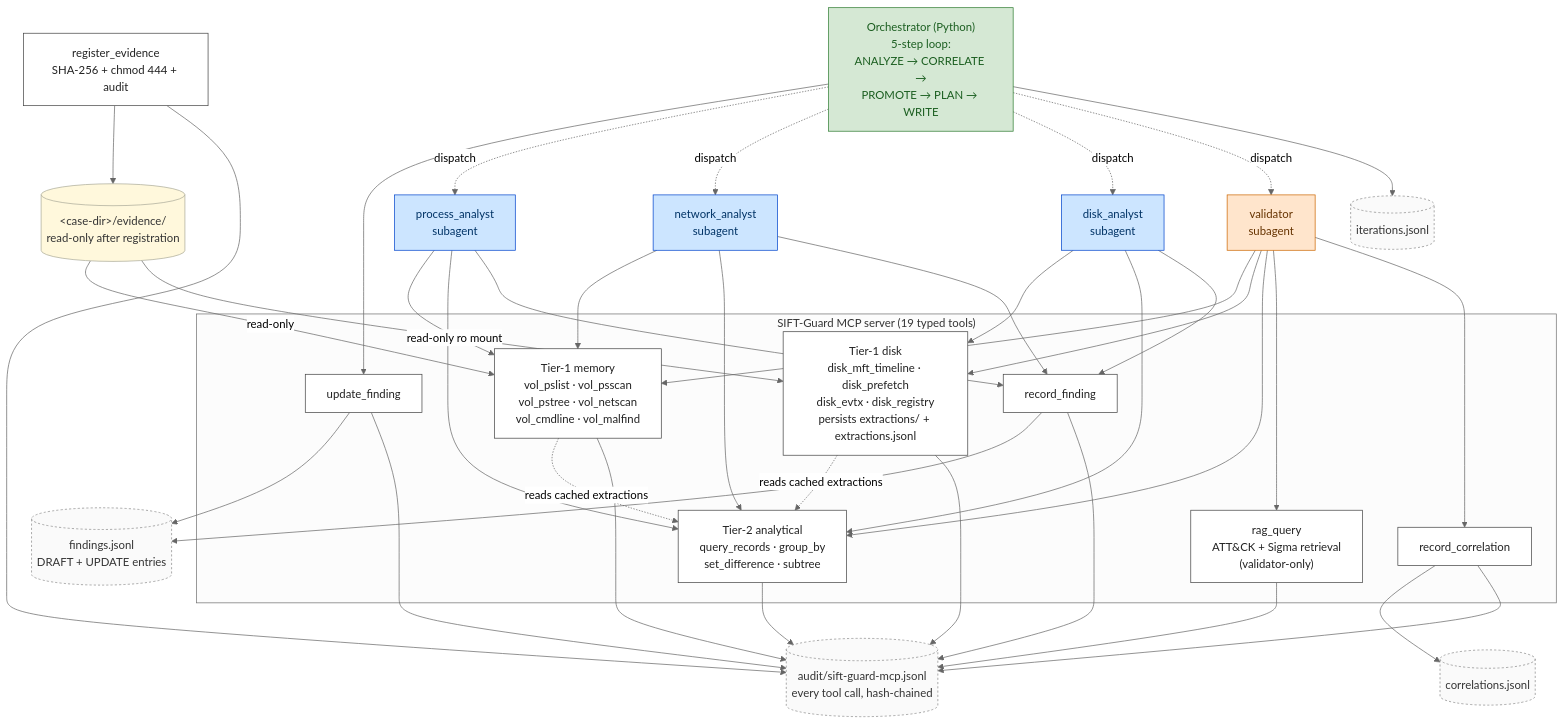
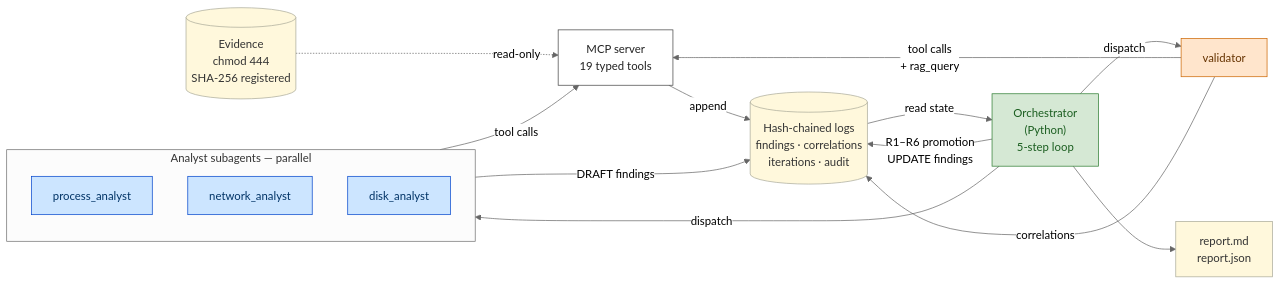
One commit to chang6chang/SIFT-Guard changed the diagram in README.md. Above: the diagram before and after it, drawn with Mermaid (neutral theme). The commit also changed other lines of this file and 1 other file, not shown here.

````diff
--- a/README.md
+++ b/README.md
@@ -98,86 +100,45 @@
 ```mermaid
-flowchart TD
-    %% --- Inputs ---
-    Reg["register_evidence<br/>SHA-256 + chmod 444 + audit"]
-    EvDir[("&lt;case-dir&gt;/evidence/<br/>read-only after registration")]
-    Reg --> EvDir
+flowchart LR
+    E[("Evidence<br/>chmod 444<br/>SHA-256 registered")]
 
-    %% --- MCP server tools ---
-    subgraph MCP["SIFT-Guard MCP server (19 typed tools)"]
-        Tier1Mem["Tier-1 memory<br/>vol_pslist · vol_psscan<br/>vol_pstree · vol_netscan<br/>vol_cmdline · vol_malfind"]
-        Tier1Disk["Tier-1 disk<br/>disk_mft_timeline · disk_prefetch<br/>disk_evtx · disk_registry<br/>persists extractions/ + extractions.jsonl"]
-        Tier2["Tier-2 analytical<br/>query_records · group_by<br/>set_difference · subtree"]
-        RAG["rag_query<br/>ATT&CK + Sigma retrieval<br/>(validator-only)"]
-        RecF["record_finding"]
-        RecC["record_correlation"]
-        UpdF["update_finding"]
+    O["Orchestrator<br/>(Python)<br/>5-step loop"]
+
+    subgraph A[" Analyst subagents — parallel "]
+        direction TB
+        PA[process_analyst]
+        NA[network_analyst]
+        DA[disk_analyst]
     end
 
-    EvDir -->|read-only| Tier1Mem
-    EvDir -->|read-only ro mount| Tier1Disk
-    Tier1Mem -.->|reads cached extractions| Tier2
-    Tier1Disk -.->|reads cached extractions| Tier2
+    V[validator]
 
-    %% --- Subagents + orchestrator ---
-    PA["process_analyst<br/>subagent"]
-    NA["network_analyst<br/>subagent"]
-    DA["disk_analyst<br/>subagent"]
-    Val["validator<br/>subagent"]
-    Orch["Orchestrator (Python)<br/>5-step loop:<br/>ANALYZE → CORRELATE →<br/>PROMOTE → PLAN → WRITE"]
+    M["MCP server<br/>19 typed tools"]
 
-    PA --> Tier1Mem
-    PA --> Tier2
-    NA --> Tier1Mem
-    NA --> Tier2
-    DA --> Tier1Disk
-    DA --> Tier2
-    Val --> Tier1Mem
-    Val --> Tier1Disk
-    Val --> Tier2
+    C[("Hash-chained logs<br/>findings · correlations<br/>iterations · audit")]
 
-    Val --> RAG
+    R["report.md<br/>report.json"]
 
-    PA --> RecF
-    NA --> RecF
-    DA --> RecF
-    Val --> RecC
-    Orch --> UpdF
+    E -.->|read-only| M
+    O -->|dispatch| A
+    A -->|tool calls| M
+    M -->|append| C
+    A -->|DRAFT findings| C
+    O -->|dispatch| V
+    V -->|tool calls<br/>+ rag_query| M
+    V -->|correlations| C
+    C -->|read state| O
+    O -->|R1–R6 promotion<br/>UPDATE findings| C
+    O --> R
 
-    Orch -.->|dispatch| PA
-    Orch -.->|dispatch| NA
-    Orch -.->|dispatch| DA
-    Orch -.->|dispatch| Val
-
-    Findings[("findings.jsonl<br/>DRAFT + UPDATE entries")]
-    Corrs[("correlations.jsonl")]
-    Iters[("iterations.jsonl")]
-    Audit[("audit/sift-guard-mcp.jsonl<br/>every tool call, hash-chained")]
-
-    RecF --> Findings
-    UpdF --> Findings
-    RecC --> Corrs
-    Orch --> Iters
-
-    Reg --> Audit
-    Tier1Mem --> Audit
-    Tier1Disk --> Audit
-    Tier2 --> Audit
-    RAG --> Audit
-    RecF --> Audit
-    RecC --> Audit
-    UpdF --> Audit
-
-    classDef analyst fill:#cce5ff,stroke:#0044cc,color:#003366
+    classDef agent fill:#cce5ff,stroke:#0044cc,color:#003366
     classDef validator fill:#ffe5cc,stroke:#cc6600,color:#663300
     classDef orchestrator fill:#d5e8d4,stroke:#2e7d32,color:#1b5e20
-    classDef chain fill:#fafafa,stroke:#888,stroke-dasharray:3 3,color:#333
-    classDef storage fill:#fff8dc,stroke:#aa9,color:#333
+    classDef store fill:#fff8dc,stroke:#aa9,color:#333
     classDef tool fill:#ffffff,stroke:#444,color:#222
 
-    class PA,NA,DA analyst
-    class Val validator
-    class Orch orchestrator
-    class Findings,Corrs,Iters,Audit chain
-    class EvDir storage
-    class Reg,Tier1Mem,Tier1Disk,Tier2,RAG,RecF,RecC,UpdF tool
+    class PA,NA,DA agent
+    class V validator
+    class O orchestrator
+    class E,C,R store
+    class M tool
 ```
````
